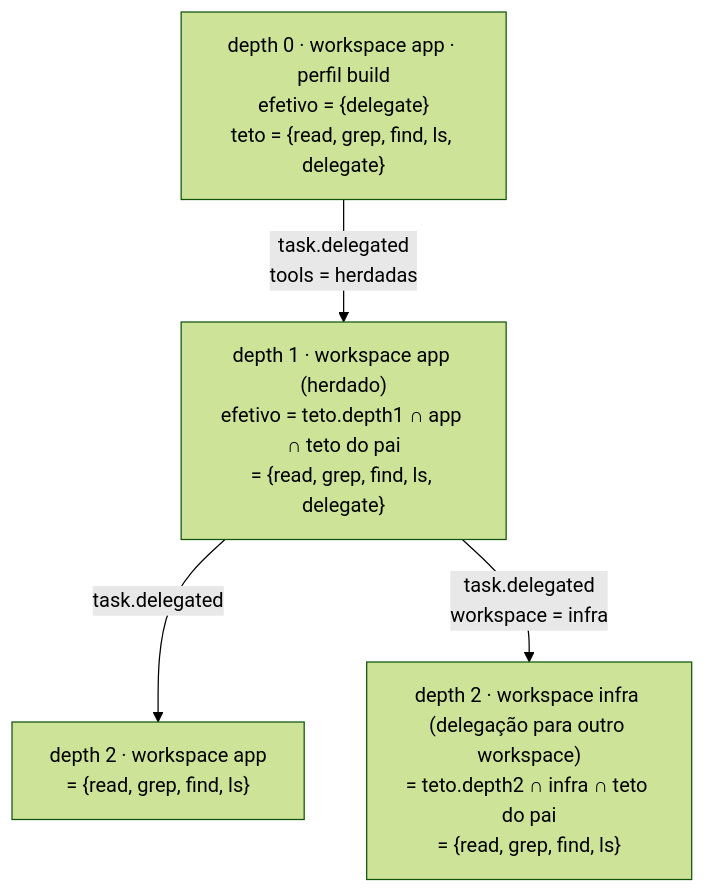
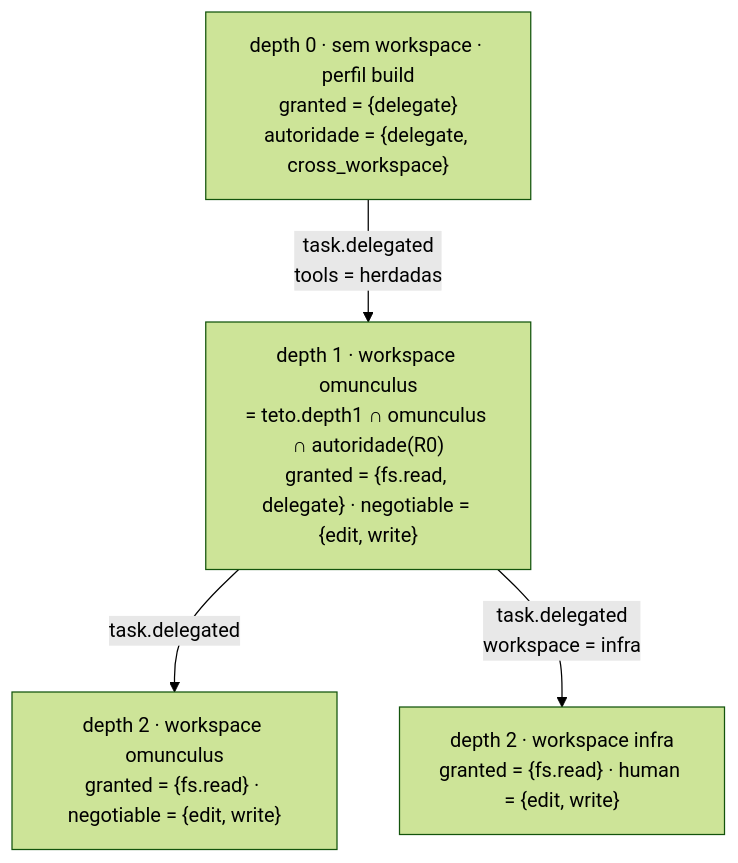
One commit to This-Is-NPC/omunculus changed the third of 4 diagrams in docs/to-be/tool-policy.md. Above: the diagram before and after it, drawn with Mermaid (forest theme). The commit also changed other lines of this file and 1 other file, not shown here.

````diff
--- a/docs/to-be/tool-policy.md
+++ b/docs/to-be/tool-policy.md
@@ -131,10 +232,10 @@
 ```mermaid
 graph TD
-    R0["depth 0 · workspace app · perfil build<br/>efetivo = {delegate}<br/>teto = {read, grep, find, ls, delegate}"]
-    R1["depth 1 · workspace app (herdado)<br/>efetivo = teto.depth1 ∩ app ∩ teto do pai<br/>= {read, grep, find, ls, delegate}"]
-    R2a["depth 2 · workspace app<br/>= {read, grep, find, ls}"]
-    R2b["depth 2 · workspace infra (delegação para outro workspace)<br/>= teto.depth2 ∩ infra ∩ teto do pai<br/>= {read, grep, find, ls}"]
+    R0["depth 0 · sem workspace · perfil build<br/>granted = {delegate}<br/>autoridade = {delegate, cross_workspace}"]
+    R1["depth 1 · workspace omunculus<br/>= teto.depth1 ∩ omunculus ∩ autoridade(R0)<br/>granted = {fs.read, delegate} · negotiable = {edit, write}"]
+    R2a["depth 2 · workspace omunculus<br/>granted = {fs.read} · negotiable = {edit, write}"]
+    R2b["depth 2 · workspace infra<br/>granted = {fs.read} · human = {edit, write}"]
     R0 -->|task.delegated<br/>tools = herdadas| R1
     R1 -->|task.delegated| R2a
     R1 -->|task.delegated<br/>workspace = infra| R2b
 ```
````
